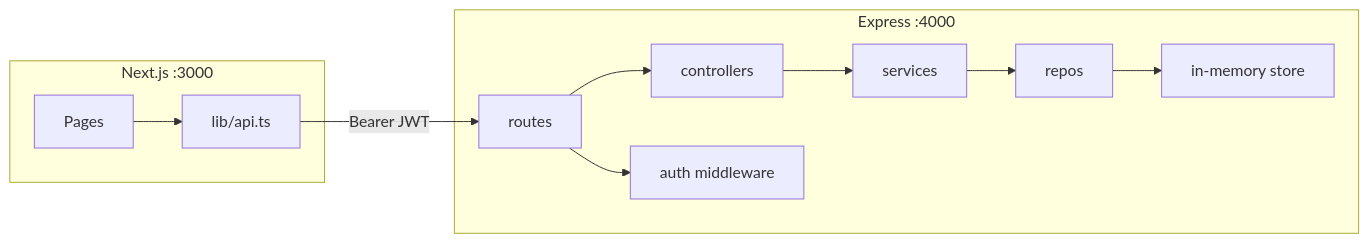
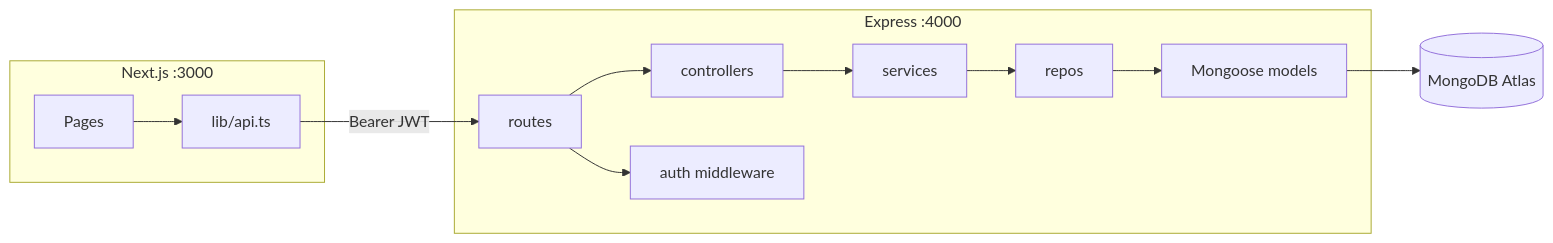
Before and after one commit to vishwathilina/CollabBoard: the diagram in README.md, drawn with Mermaid. The commit also changed other lines of this file and 17 other files, not shown here.

Commit message:
feat(fs01a): Atlas connection and Mongoose models

````diff
--- a/README.md
+++ b/README.md
@@ -7,22 +7,24 @@
 ```mermaid
 flowchart LR
   subgraph client [Next.js :3000]
     Pages[Pages]
     ApiTs[lib/api.ts]
   end
   subgraph server [Express :4000]
     Routes[routes]
     Ctrl[controllers]
     Svc[services]
     Repos[repos]
-    Store[in-memory store]
+    Models[Mongoose models]
     JWT[auth middleware]
   end
+  Atlas[(MongoDB Atlas)]
   Pages --> ApiTs
   ApiTs -->|Bearer JWT| Routes
   Routes --> Ctrl
   Ctrl --> Svc
   Svc --> Repos
-  Repos --> Store
+  Repos --> Models
+  Models --> Atlas
   Routes --> JWT
 ```
````
